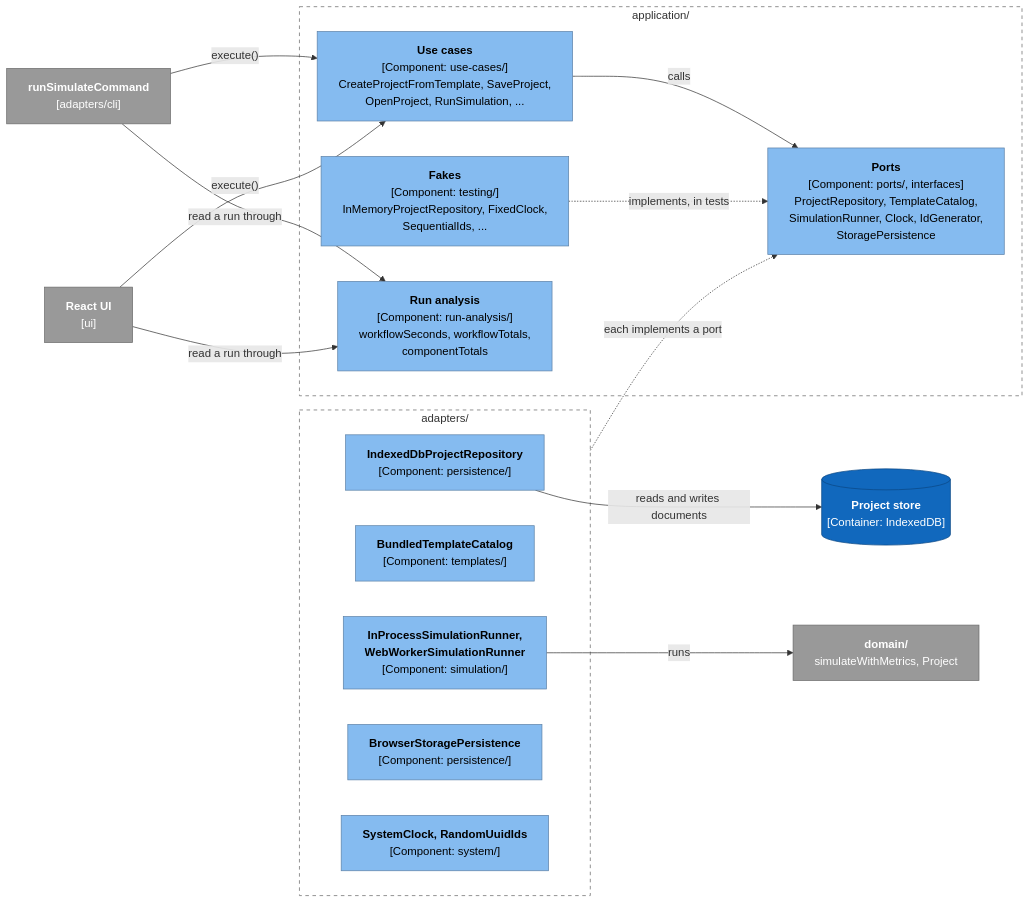
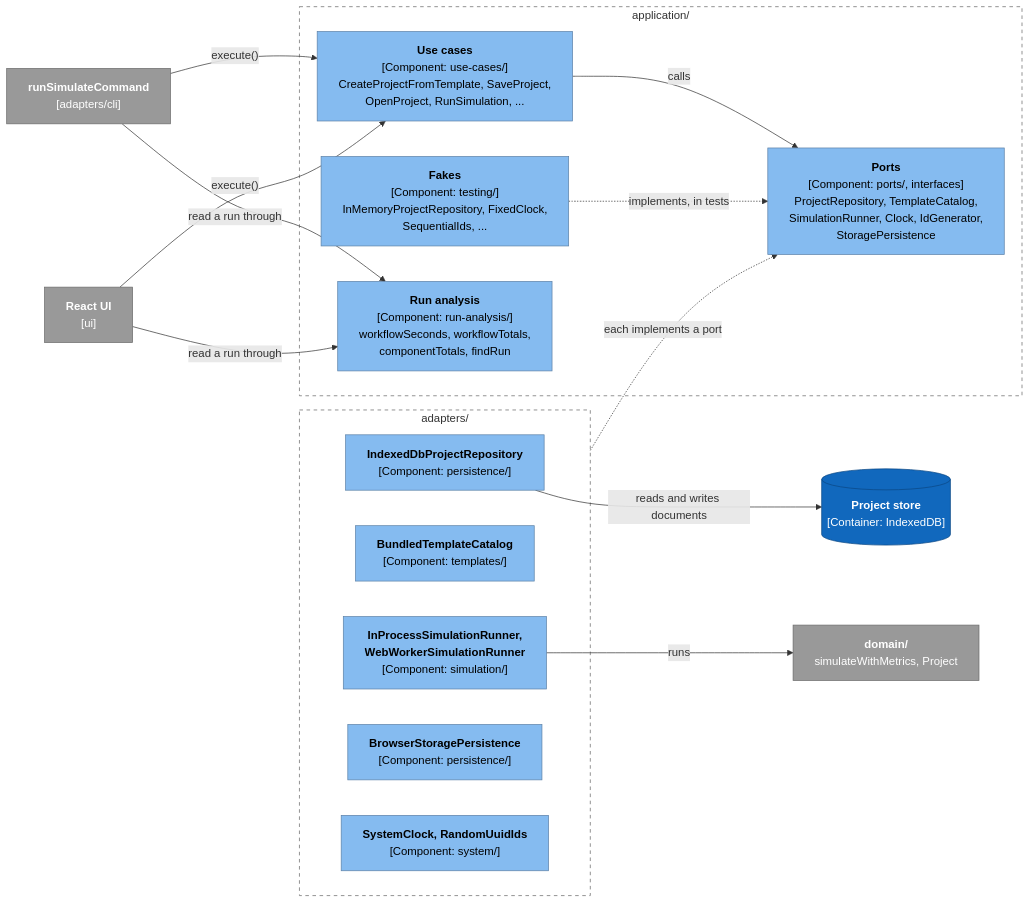
The first of 2 diagrams in docs/architecture/application-layer.md (alanbickel/wind-tunnel), drawn with Mermaid before and after one commit. The commit also changed other lines of this file and 57 other files, not shown here.

````diff
--- a/docs/architecture/application-layer.md
+++ b/docs/architecture/application-layer.md
@@ -13,35 +13,35 @@
 ```mermaid
 %%{init: {"flowchart": {"wrappingWidth": 320}}}%%
 flowchart LR
     cli["<b>runSimulateCommand</b><br/>[adapters/cli]"]:::external
     ui["<b>React UI</b><br/>[ui]"]:::external
     subgraph app["application/"]
         uc["<b>Use cases</b><br/>[Component: use-cases/]<br/>CreateProjectFromTemplate, SaveProject,<br/>OpenProject, RunSimulation, ..."]:::component
         ports["<b>Ports</b><br/>[Component: ports/, interfaces]<br/>ProjectRepository, TemplateCatalog,<br/>SimulationRunner, Clock, IdGenerator,<br/>StoragePersistence"]:::component
         fakes["<b>Fakes</b><br/>[Component: testing/]<br/>InMemoryProjectRepository, FixedClock,<br/>SequentialIds, ..."]:::component
-        ra["<b>Run analysis</b><br/>[Component: run-analysis/]<br/>workflowSeconds, workflowTotals,<br/>componentTotals"]:::component
+        ra["<b>Run analysis</b><br/>[Component: run-analysis/]<br/>workflowSeconds, workflowTotals,<br/>componentTotals, findRun"]:::component
     end
     subgraph ad["adapters/"]
         repo["<b>IndexedDbProjectRepository</b><br/>[Component: persistence/]"]:::component
         cat["<b>BundledTemplateCatalog</b><br/>[Component: templates/]"]:::component
         run["<b>InProcessSimulationRunner,<br/>WebWorkerSimulationRunner</b><br/>[Component: simulation/]"]:::component
         sp["<b>BrowserStoragePersistence</b><br/>[Component: persistence/]"]:::component
         sys["<b>SystemClock, RandomUuidIds</b><br/>[Component: system/]"]:::component
     end
     db[("<b>Project store</b><br/>[Container: IndexedDB]")]:::system
     dom["<b>domain/</b><br/>simulateWithMetrics, Project"]:::external
     cli & ui -->|"execute()"| uc
     cli & ui -->|"read a run through"| ra
     uc -->|"calls"| ports
     fakes -.->|"implements, in tests"| ports
     ad -.->|"each implements a port"| ports
     repo -->|"reads and writes documents"| db
     run -->|"runs"| dom
     style app fill:none,stroke:#666,stroke-dasharray:5 5
     style ad fill:none,stroke:#666,stroke-dasharray:5 5
     classDef person fill:#08427b,stroke:#052e56,color:#fff
     classDef system fill:#1168bd,stroke:#0b4884,color:#fff
     classDef component fill:#85bbf0,stroke:#5d82a8,color:#000
     classDef external fill:#999,stroke:#6b6b6b,color:#fff
     classDef planned fill:#fff,stroke:#1168bd,color:#1168bd,stroke-dasharray:5 5
 ```
````
